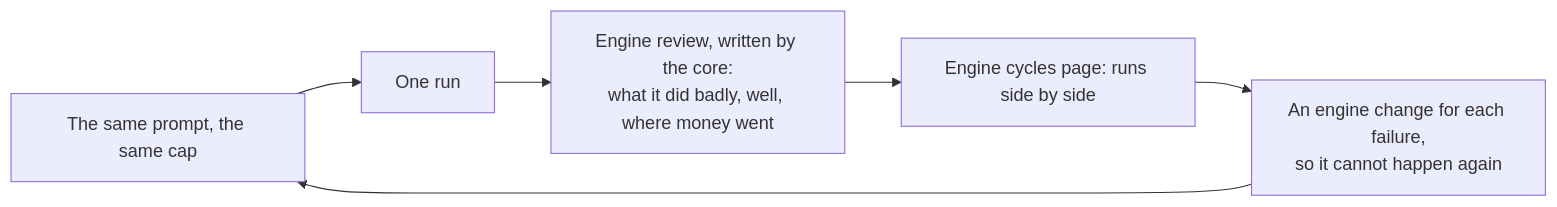
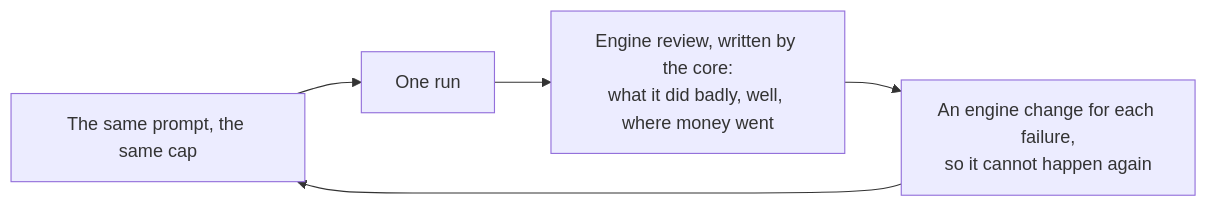
Diagram 12 of 12 in docs/flows.md (PlonterAsi/SoftwareFactory), drawn with Mermaid before and after one commit. The commit also changed 20 other files, not shown here.

First line of the commit message:
Remove Data vault and Engine cycles (24 Nov audit: screen-only, unused)

````diff
--- a/docs/flows.md
+++ b/docs/flows.md
@@ -257,8 +257,7 @@
 ```mermaid
 flowchart LR
   prompt["The same prompt, the same cap"] --> run["One run"]
   run --> retro["Engine review, written by the core:<br/>what it did badly, well, where money went"]
-  retro --> cycles["Engine cycles page: runs side by side"]
-  cycles --> change["An engine change for each failure,<br/>so it cannot happen again"]
+  retro --> change["An engine change for each failure,<br/>so it cannot happen again"]
   change --> prompt
 ```
````
